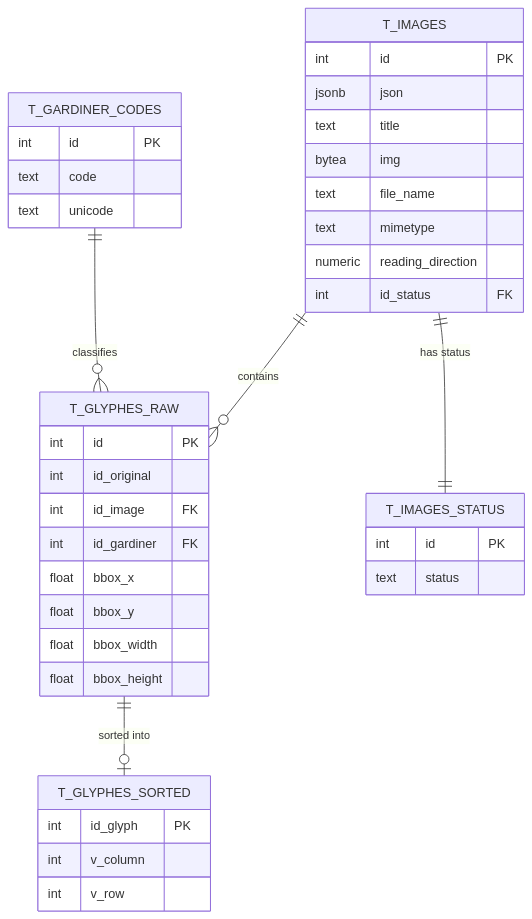
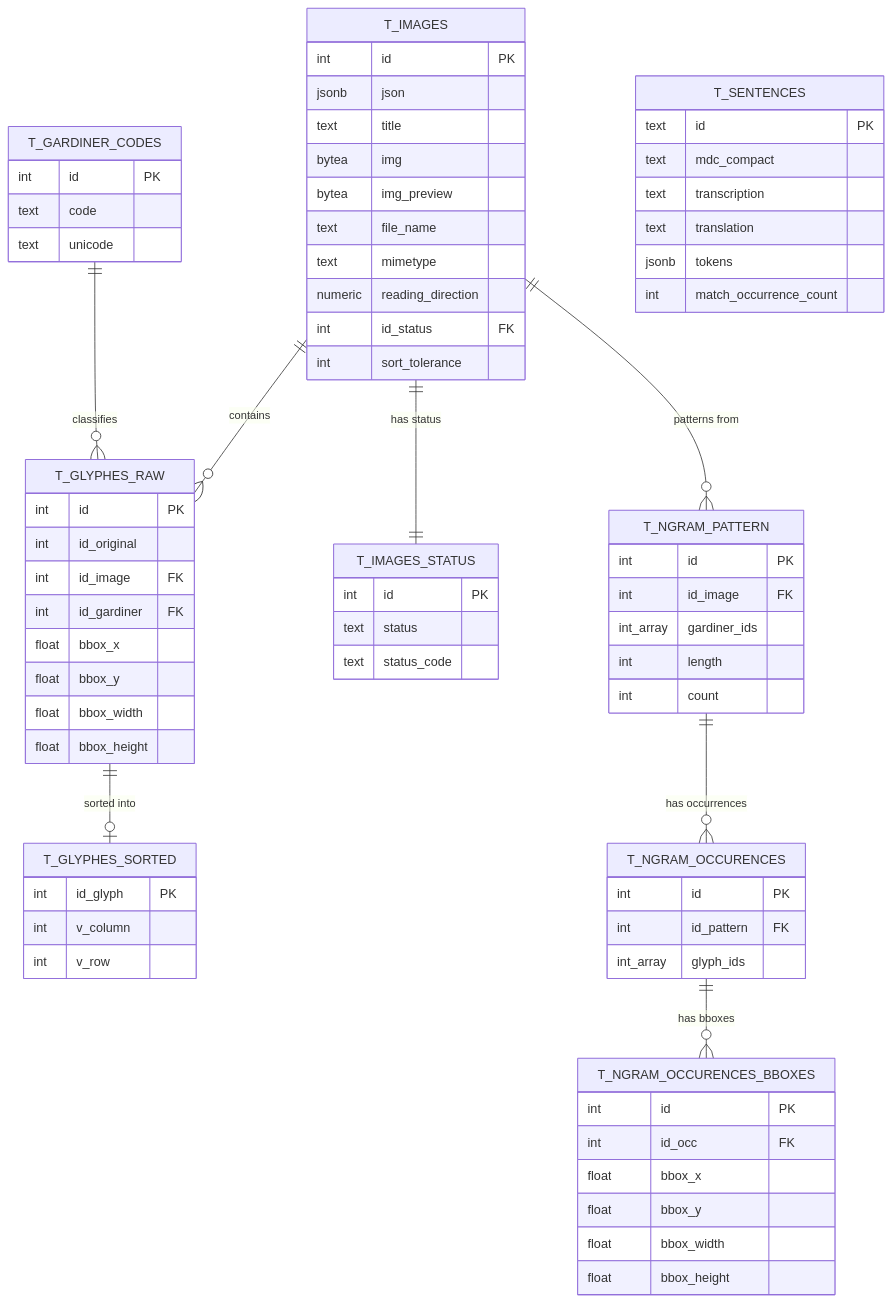
Before and after one commit to Philipp1305/hieroglyphic-pattern-analyzer: the third of 3 diagrams in README.md, drawn with Mermaid. The commit also changed other lines of this file, not shown here.

````diff
--- a/README.md
+++ b/README.md
@@ -159,23 +167,29 @@
 erDiagram
     T_IMAGES ||--o{ T_GLYPHES_RAW : contains
     T_IMAGES ||--|| T_IMAGES_STATUS : "has status"
+    T_IMAGES ||--o{ T_NGRAM_PATTERN : "patterns from"
     T_GARDINER_CODES ||--o{ T_GLYPHES_RAW : classifies
     T_GLYPHES_RAW ||--o| T_GLYPHES_SORTED : "sorted into"
+    T_NGRAM_PATTERN ||--o{ T_NGRAM_OCCURENCES : "has occurrences"
+    T_NGRAM_OCCURENCES ||--o{ T_NGRAM_OCCURENCES_BBOXES : "has bboxes"
     
     T_IMAGES {
         int id PK
         jsonb json
         text title
         bytea img
+        bytea img_preview
         text file_name
         text mimetype
         numeric reading_direction
         int id_status FK
+        int sort_tolerance
     }
     
     T_IMAGES_STATUS {
         int id PK
         text status
+        text status_code
     }
     
     T_GARDINER_CODES {
@@ -200,4 +214,36 @@
         int v_column
         int v_row
     }
+    
+    T_NGRAM_PATTERN {
+        int id PK
+        int id_image FK
+        int_array gardiner_ids
+        int length
+        int count
+    }
+    
+    T_NGRAM_OCCURENCES {
+        int id PK
+        int id_pattern FK
+        int_array glyph_ids
+    }
+    
+    T_NGRAM_OCCURENCES_BBOXES {
+        int id PK
+        int id_occ FK
+        float bbox_x
+        float bbox_y
+        float bbox_width
+        float bbox_height
+    }
+    
+    T_SENTENCES {
+        text id PK
+        text mdc_compact
+        text transcription
+        text translation
+        jsonb tokens
+        int match_occurrence_count
+    }
 ```
````
